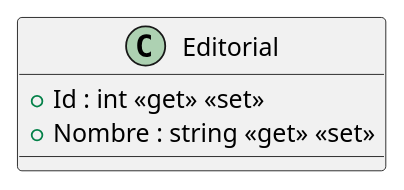
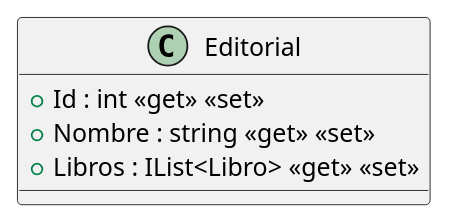
Before and after one commit to ISII2627SoftwareEngineers/ISII2627SoftwareEngineers: the diagram in src/AppForSEII.API/ClassDiagram/Editorial.puml, drawn with PlantUML. The commit also changed 12 other files, not shown here.

Commit message:
Añadido diagrama UML y relaciones del CU Reseñar Libros

```diff
--- a/src/AppForSEII.API/ClassDiagram/Editorial.puml
+++ b/src/AppForSEII.API/ClassDiagram/Editorial.puml
@@ -1,6 +1,7 @@
 @startuml
 class Editorial {
     + Id : int <<get>> <<set>>
     + Nombre : string <<get>> <<set>>
+    + Libros : IList<Libro> <<get>> <<set>>
 }
 @enduml
```
